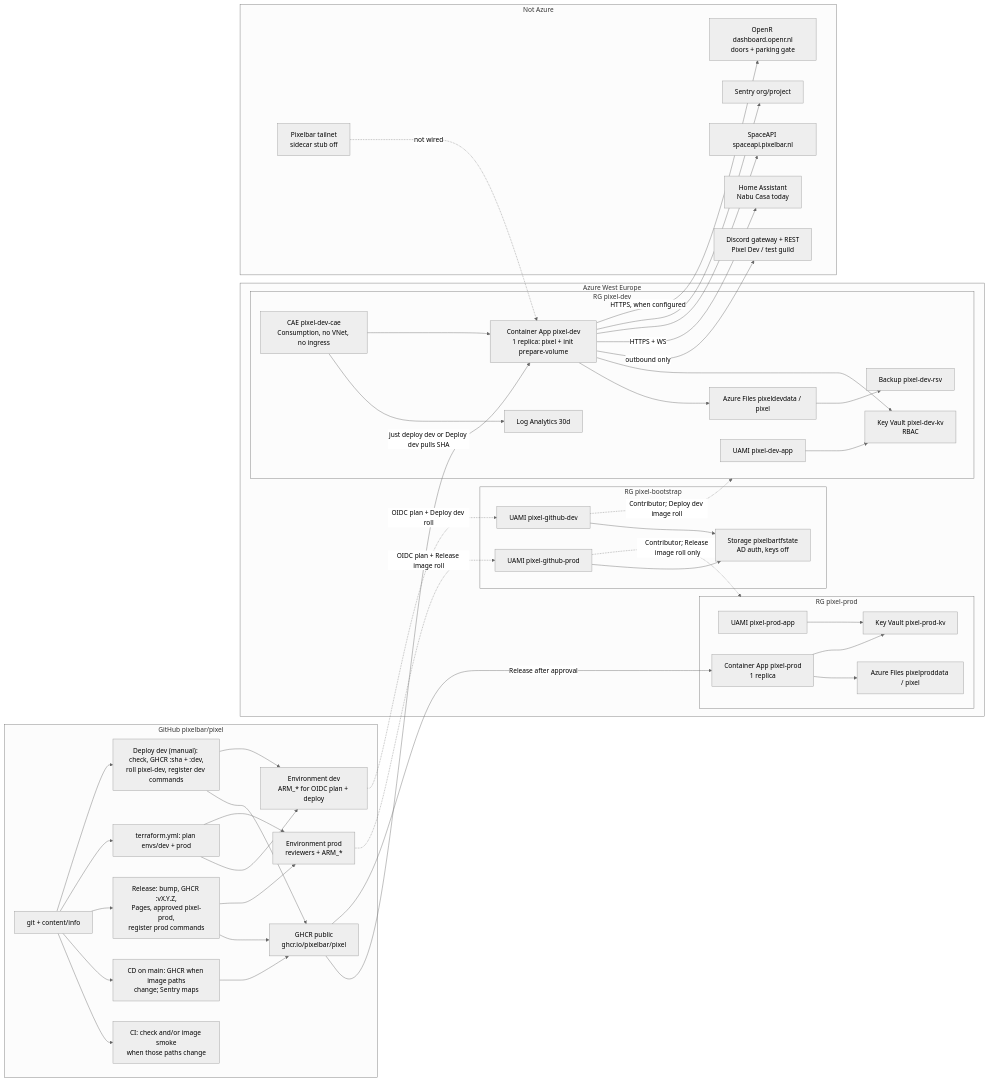
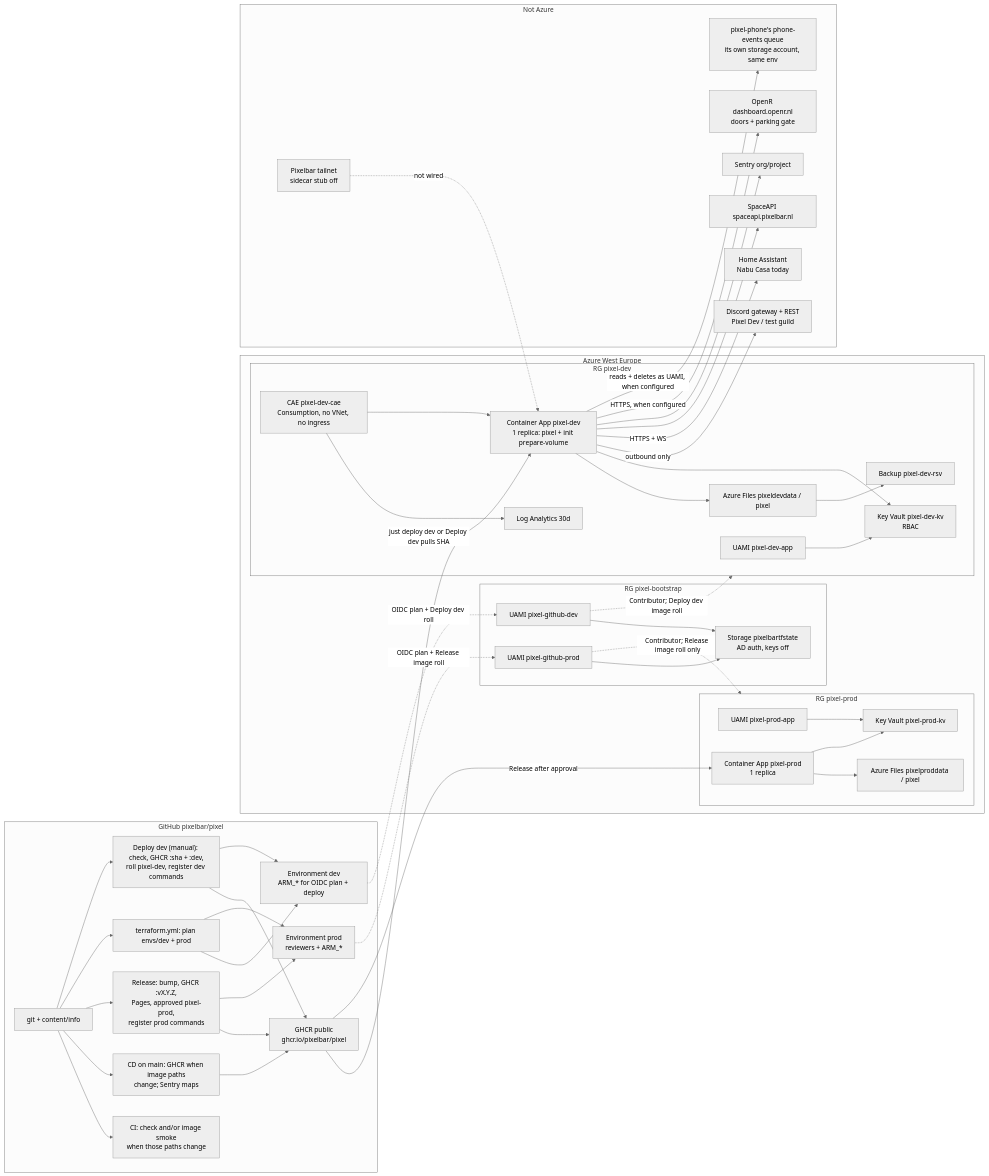
One commit to pixelbar/pixel changed the first of 2 diagrams in docs/infra.md. Above: the diagram before and after it, drawn with Mermaid (neutral theme). The commit also changed other lines of this file and 30 other files, not shown here.

First line of the commit message:
Read the doorbell's call events from pixel-phone's queue (#211)

````diff
--- a/docs/infra.md
+++ b/docs/infra.md
@@ -101,6 +101,7 @@
     SPACE["SpaceAPI spaceapi.pixelbar.nl"]
     SENTRY["Sentry org/project"]
     OPENR["OpenR dashboard.openr.nl<br/>doors + parking gate"]
+    PHONE["pixel-phone's phone-events queue<br/>its own storage account, same env"]
     TS["Pixelbar tailnet<br/>sidecar stub off"]
   end
 
@@ -109,5 +110,6 @@
   APP --> SPACE
   APP --> SENTRY
   APP -->|HTTPS, when configured| OPENR
+  APP -->|reads + deletes as UAMI, when configured| PHONE
   TS -.->|not wired| APP
 ```
````
